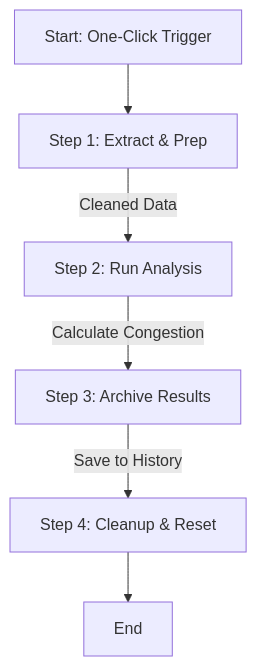
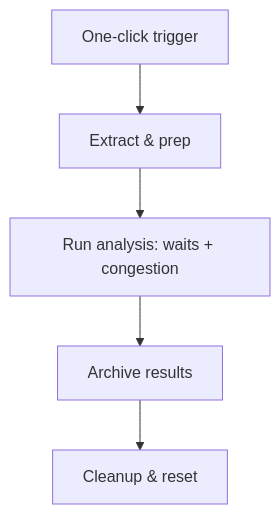
One commit to Hari-prasanna/work-prod-projects changed the diagram in internal-team-projects/order-duration-efficiency-analysis/README.md. Above: the diagram before and after it, drawn with Mermaid. The commit also changed other lines of this file and 46 other files, not shown here.

````diff
--- a/internal-team-projects/order-duration-efficiency-analysis/README.md
+++ b/internal-team-projects/order-duration-efficiency-analysis/README.md
@@ -31,8 +25,7 @@
 ```mermaid
-graph TD;
-    A[Start: One-Click Trigger] --> B[Step 1: Extract & Prep];
-    B -->|Cleaned Data| C[Step 2: Run Analysis];
-    C -->|Calculate Congestion| D[Step 3: Archive Results];
-    D -->|Save to History| E[Step 4: Cleanup & Reset];
-    E --> F[End];
+graph TD
+    A[One-click trigger] --> B[Extract & prep]
+    B --> C[Run analysis: waits + congestion]
+    C --> D[Archive results]
+    D --> E[Cleanup & reset]
 ```
````
